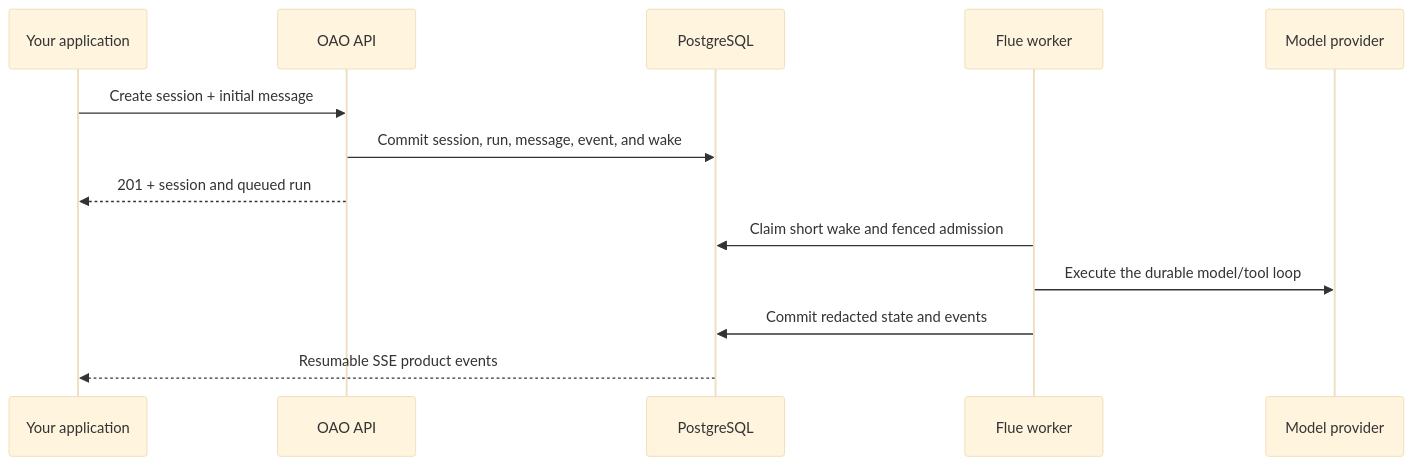
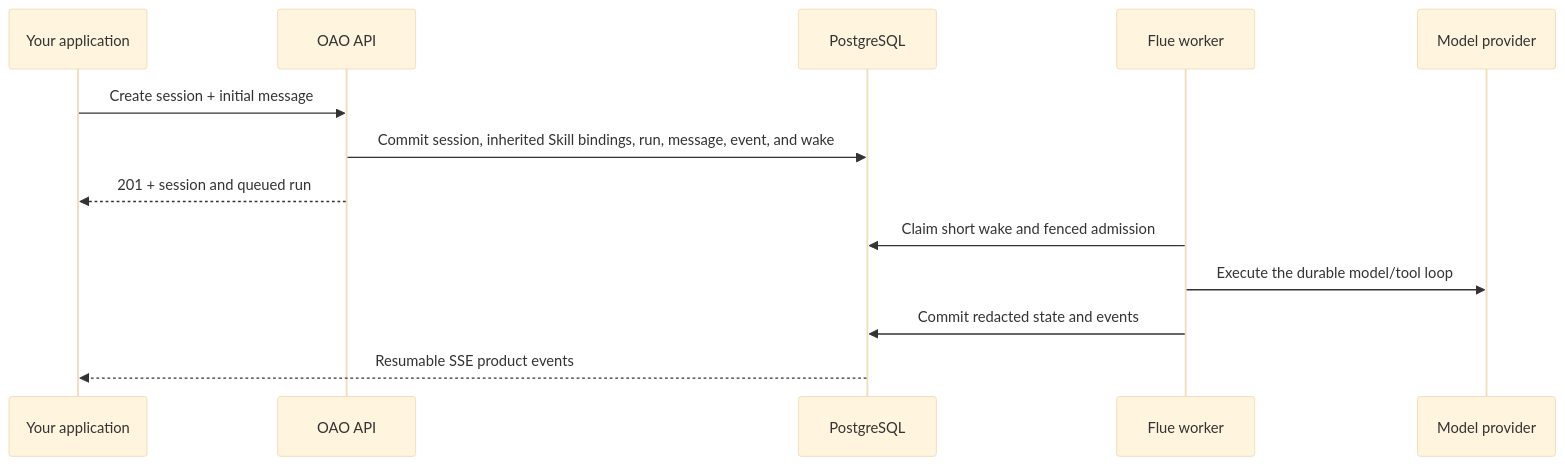
Before and after one commit to vectrix-ai/oao: the diagram in docs/concepts/how-oao-works.mdx, drawn with Mermaid (base theme). The commit also changed other lines of this file and 50 other files, not shown here.

````diff
--- a/docs/concepts/how-oao-works.mdx
+++ b/docs/concepts/how-oao-works.mdx
@@ -27,16 +29,16 @@
 ```mermaid
 sequenceDiagram
   participant App as Your application
   participant API as OAO API
   participant DB as PostgreSQL
   participant Runtime as Flue worker
   participant Provider as Model provider
 
   App->>API: Create session + initial message
-  API->>DB: Commit session, run, message, event, and wake
+  API->>DB: Commit session, inherited Skill bindings, run, message, event, and wake
   API-->>App: 201 + session and queued run
   Runtime->>DB: Claim short wake and fenced admission
   Runtime->>Provider: Execute the durable model/tool loop
   Runtime->>DB: Commit redacted state and events
   DB-->>App: Resumable SSE product events
 ```
````
